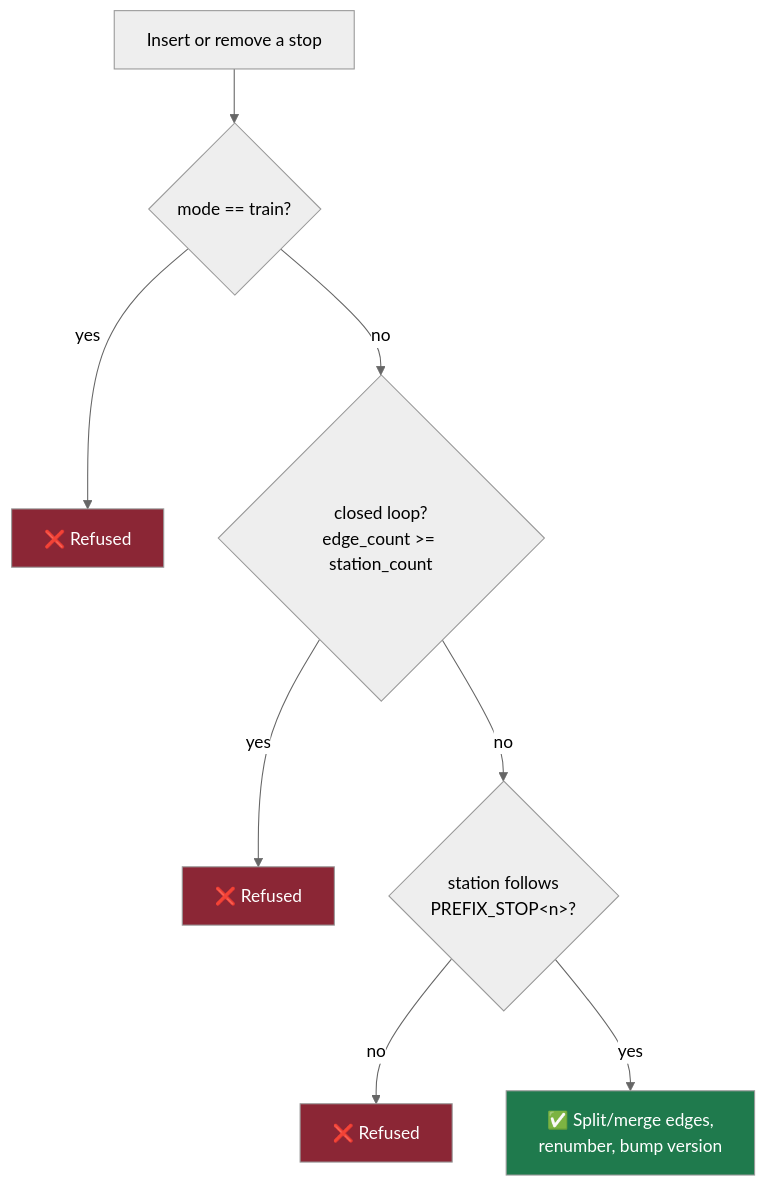
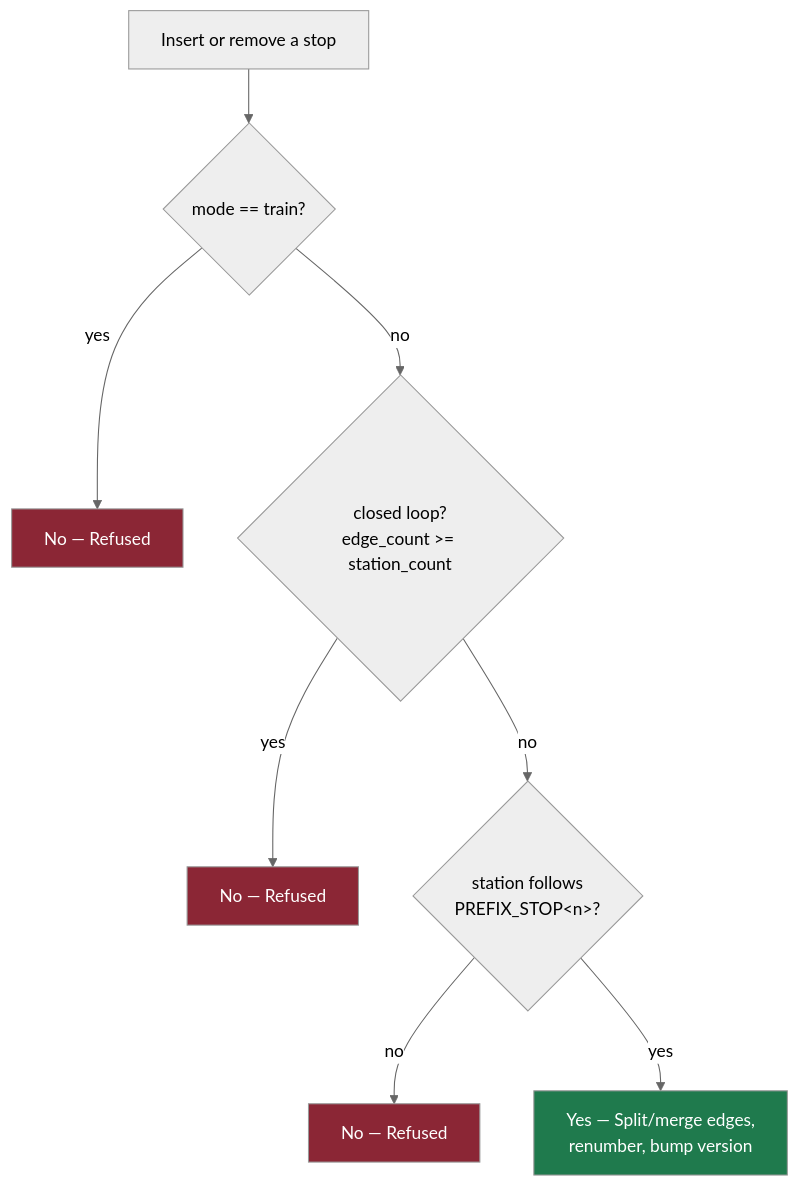
One commit to oscrallnium/Commute-Backend changed the second of 3 diagrams in docs/backend.md. Above: the diagram before and after it, drawn with Mermaid (neutral theme). The commit also changed other lines of this file and 11 other files, not shown here.

````diff
--- a/docs/backend.md
+++ b/docs/backend.md
@@ -139,15 +139,15 @@
 ```mermaid
 flowchart TD
     S[Insert or remove a stop] --> R1{mode == train?}
-    R1 -->|yes| X1["❌ Refused"]
+    R1 -->|yes| X1["No — Refused"]
     R1 -->|no| R2{"closed loop?<br/>edge_count >= station_count"}
-    R2 -->|yes| X2["❌ Refused"]
+    R2 -->|yes| X2["No — Refused"]
     R2 -->|no| R3{"station follows<br/>PREFIX_STOP&lt;n&gt;?"}
-    R3 -->|no| X3["❌ Refused"]
-    R3 -->|yes| OK["✅ Split/merge edges,<br/>renumber, bump version"]
+    R3 -->|no| X3["No — Refused"]
+    R3 -->|yes| OK["Yes — Split/merge edges,<br/>renumber, bump version"]
 
     style X1 fill:#8b2635,color:#fff
     style X2 fill:#8b2635,color:#fff
     style X3 fill:#8b2635,color:#fff
     style OK fill:#1f7a4d,color:#fff
 ```
````
